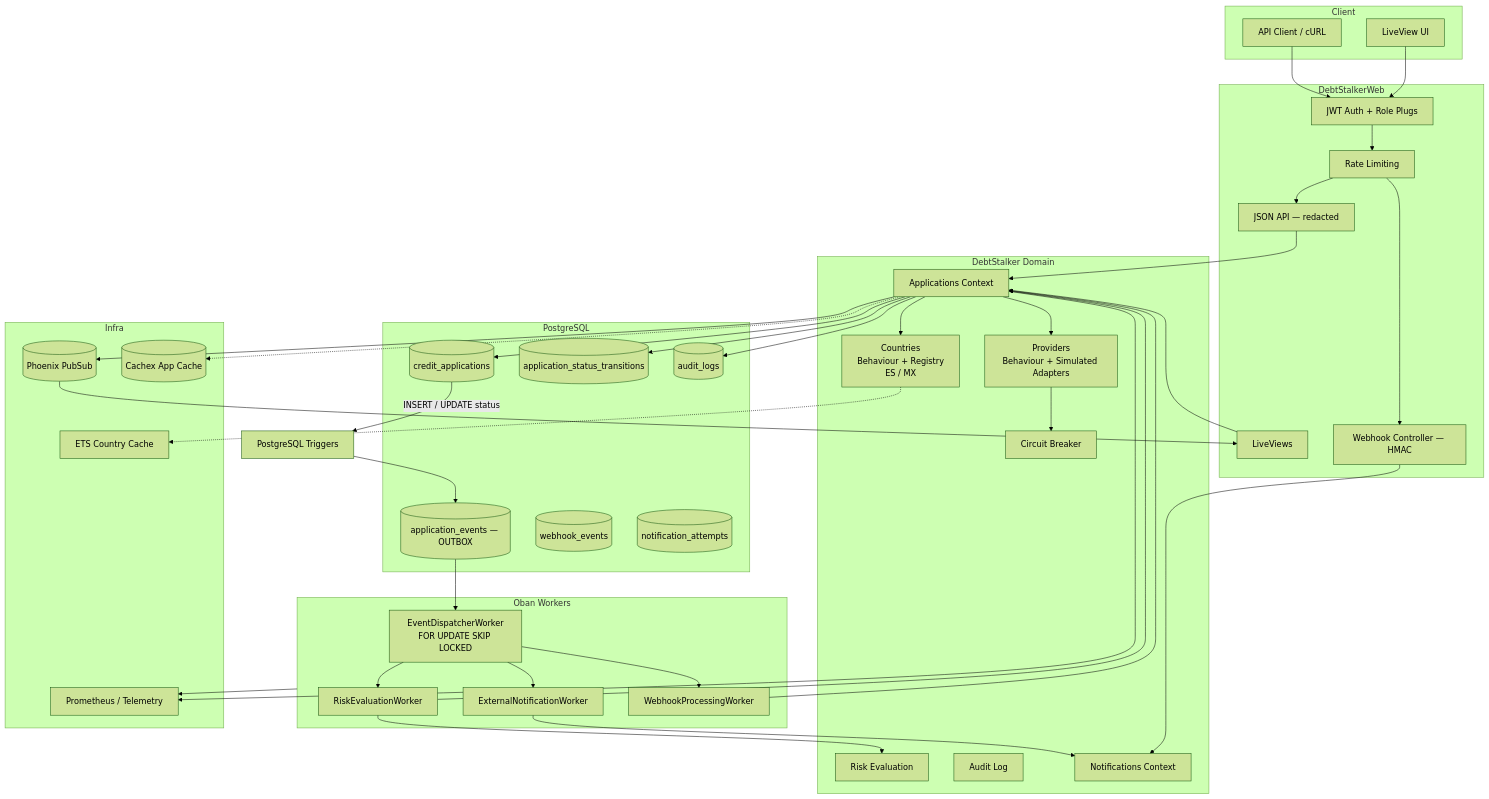
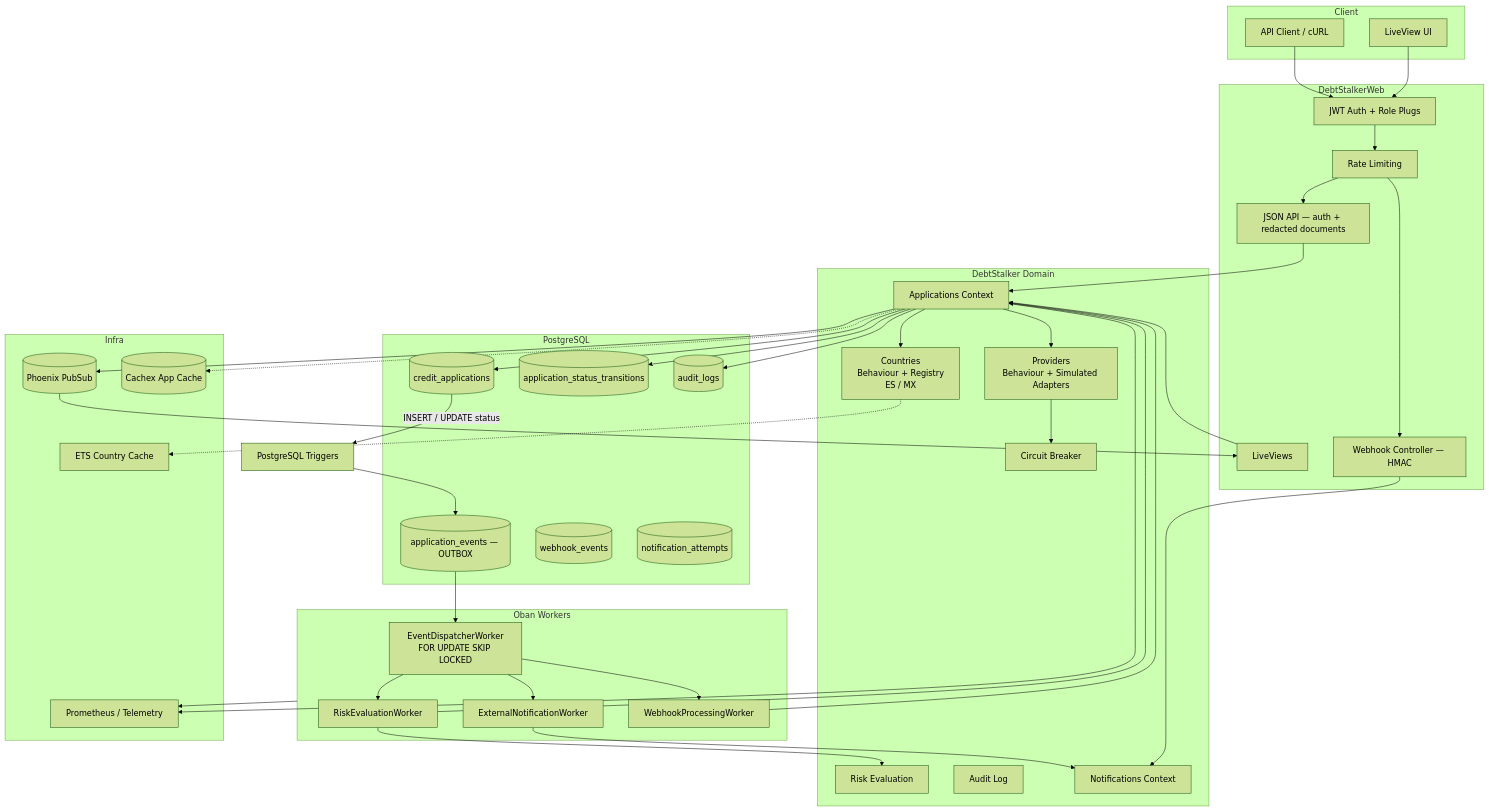
Before and after one commit to igmarin/debt-stalker: the first of 2 diagrams in README.md, drawn with Mermaid (forest theme). The commit also changed other lines of this file and 11 other files, not shown here.

````diff
--- a/README.md
+++ b/README.md
@@ -9,77 +9,77 @@
 ```mermaid
 flowchart TB
     subgraph Client
         Browser[LiveView UI]
         APIClient[API Client / cURL]
     end
 
     subgraph Web["DebtStalkerWeb"]
         Auth[JWT Auth + Role Plugs]
         RateLimit[Rate Limiting]
-        API[JSON API — redacted]
+        API[JSON API — auth + redacted documents]
         LV[LiveViews]
         WH[Webhook Controller — HMAC]
     end
 
     subgraph Domain["DebtStalker Domain"]
         Apps[Applications Context]
         Countries[Countries<br/>Behaviour + Registry<br/>ES / MX]
         Providers[Providers<br/>Behaviour + Simulated Adapters]
         Risk[Risk Evaluation]
         Audit[Audit Log]
         Notifications[Notifications Context]
         CircuitBreaker[Circuit Breaker]
     end
 
     subgraph Async["Oban Workers"]
         Disp[EventDispatcherWorker<br/>FOR UPDATE SKIP LOCKED]
         RiskW[RiskEvaluationWorker]
         NotifW[ExternalNotificationWorker]
         WebhookW[WebhookProcessingWorker]
     end
 
     subgraph DB["PostgreSQL"]
         CA[(credit_applications)]
         EV[(application_events — OUTBOX)]
         TR[(application_status_transitions)]
         AU[(audit_logs)]
         WE[(webhook_events)]
         NA[(notification_attempts)]
     end
 
     subgraph Infra
         PubSub[(Phoenix PubSub)]
         ETS[ETS Country Cache]
         Cachex[(Cachex App Cache)]
         Metrics[Prometheus / Telemetry]
     end
 
     Browser --> Auth
     APIClient --> Auth
     Auth --> RateLimit
     RateLimit --> API
     RateLimit --> WH
     API --> Apps
     LV --> Apps
     WH --> Notifications
     Apps --> Countries
     Apps --> Providers
     Providers --> CircuitBreaker
     Apps --> CA
     Apps --> TR
     Apps --> AU
     Apps --> PubSub
     Apps -.-> Cachex
     Countries -.-> ETS
     CA -- INSERT / UPDATE status --> Trig[PostgreSQL Triggers]
     Trig --> EV
     EV --> Disp
     Disp --> RiskW & NotifW & WebhookW
     RiskW --> Risk
     RiskW --> Apps
     WebhookW --> Apps
     NotifW --> Notifications
     PubSub --> LV
     Apps --> Metrics
     Async --> Metrics
 ```
````
